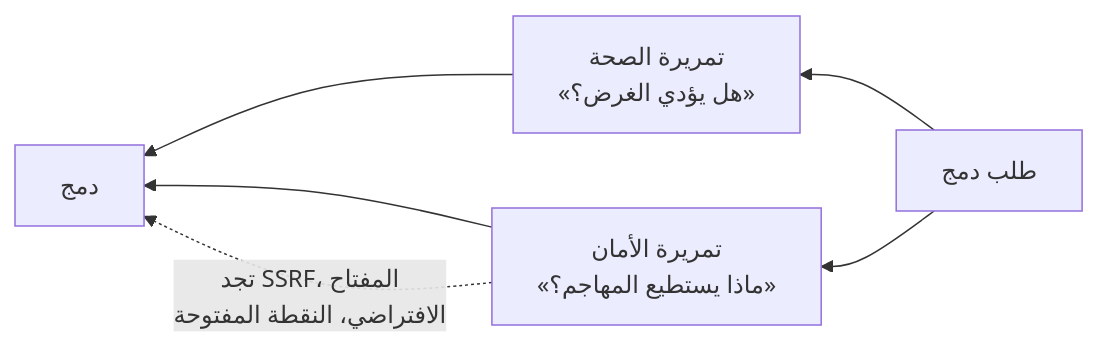
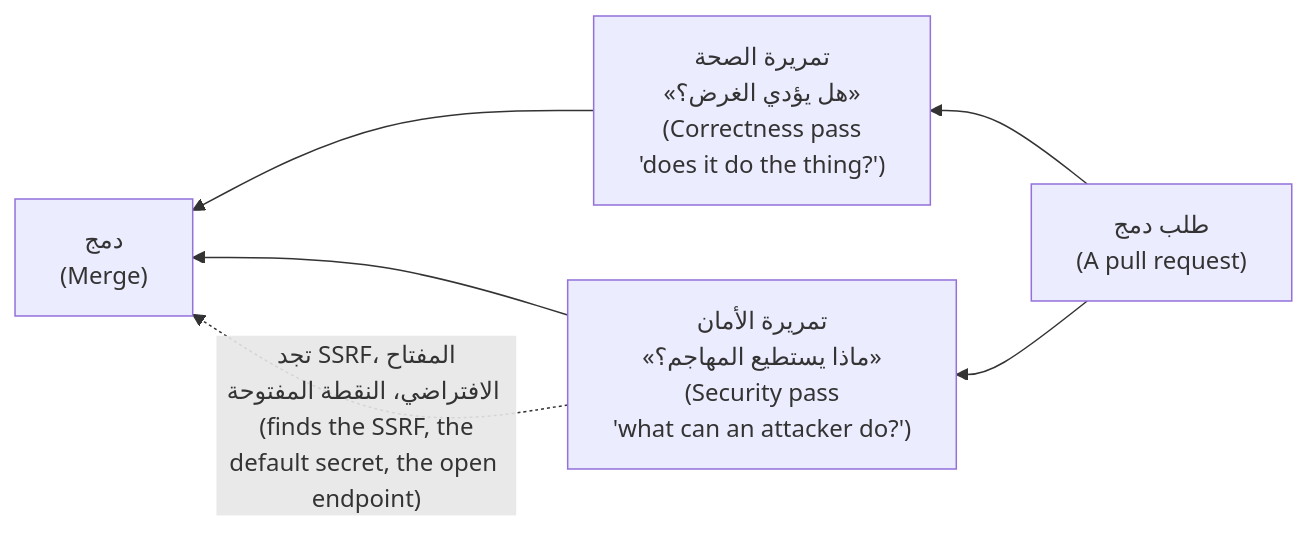
One commit to Tamoura/system-design-for-vibe-coders changed the sixth of 7 diagrams in modules/05-users-abuse/module.ar.md. Above: the diagram before and after it, drawn with Mermaid. The commit also changed other lines of this file and 62 other files, not shown here.

First line of the commit message:
Arabic editions: English on every diagram label, RTL fixes, rebuild

````diff
--- a/modules/05-users-abuse/module.ar.md
+++ b/modules/05-users-abuse/module.ar.md
@@ -816,8 +816,8 @@
 ```mermaid
 flowchart RL
-    PR["طلب دمج"] --> C["تمريرة الصحة<br/>«هل يؤدي الغرض؟»"]
-    PR --> S["تمريرة الأمان<br/>«ماذا يستطيع المهاجم؟»"]
-    C --> M["دمج"]
+    PR["طلب دمج<br/>(A pull request)"] --> C["تمريرة الصحة<br/>«هل يؤدي الغرض؟»<br/>(Correctness pass<br/>'does it do the thing?')"]
+    PR --> S["تمريرة الأمان<br/>«ماذا يستطيع المهاجم؟»<br/>(Security pass<br/>'what can an attacker do?')"]
+    C --> M["دمج<br/>(Merge)"]
     S --> M
-    S -.->|"تجد SSRF، المفتاح<br/>الافتراضي، النقطة المفتوحة"| M
+    S -.->|"تجد SSRF، المفتاح<br/>الافتراضي، النقطة المفتوحة (finds the SSRF, the<br/>default secret, the open endpoint)"| M
 ```
````
